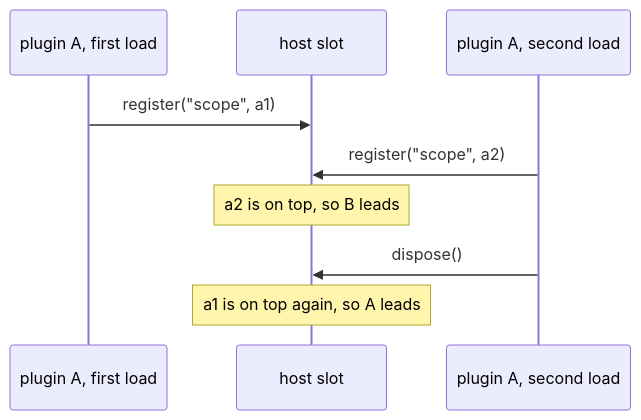
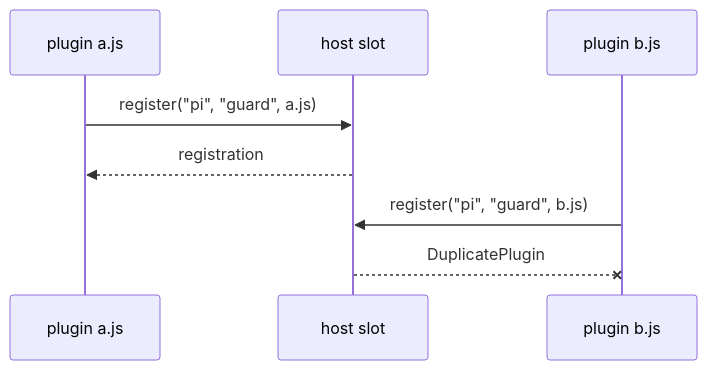
One commit to wrkhse/tack changed the diagram in src/host/README.md. Above: the diagram before and after it, drawn with Mermaid. The commit also changed other lines of this file and 3 other files, not shown here.

First line of the commit message:
fix(host): refuse a second live plugin with one name instead of silently preferring it

````diff
--- a/src/host/README.md
+++ b/src/host/README.md
@@ -62,11 +76,10 @@
 ```mermaid
 sequenceDiagram
-    participant A as plugin A, first load
+    participant A as plugin a.js
     participant S as host slot
-    participant B as plugin A, second load
-    A->>S: register("scope", a1)
-    B->>S: register("scope", a2)
-    Note over S: a2 is on top, so B leads
-    B->>S: dispose()
-    Note over S: a1 is on top again, so A leads
+    participant B as plugin b.js
+    A->>S: register("pi", "guard", a.js)
+    S-->>A: registration
+    B->>S: register("pi", "guard", b.js)
+    S--xB: DuplicatePlugin
 ```
````
